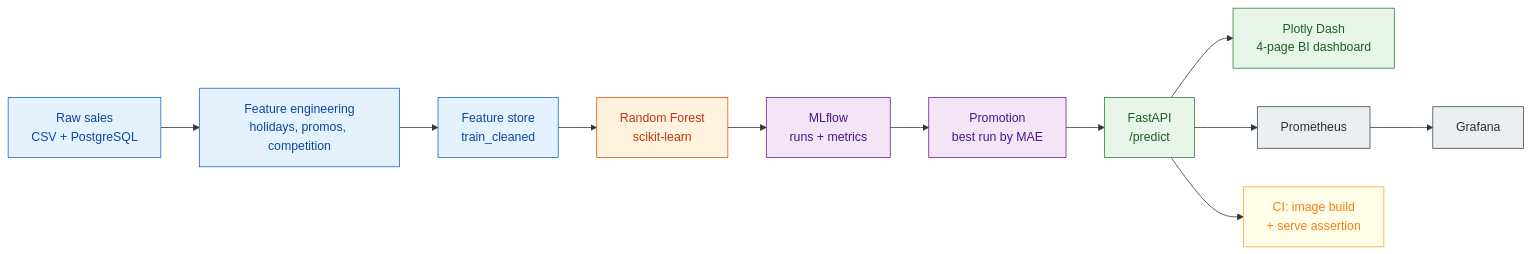
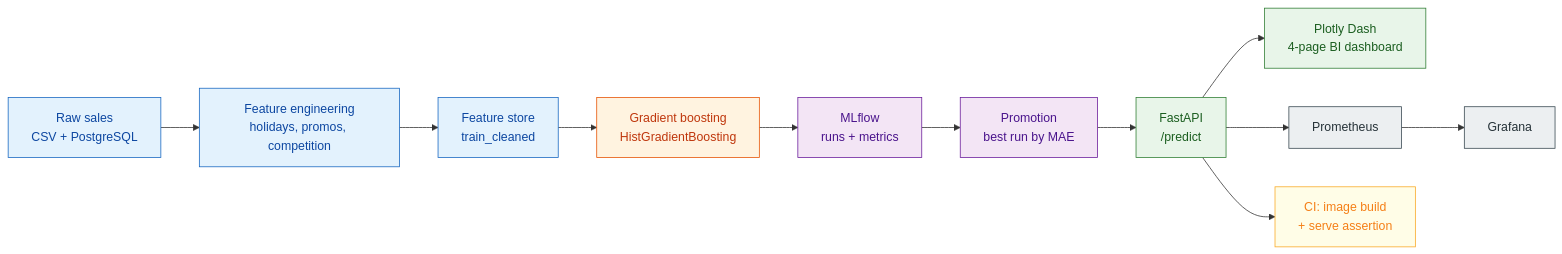
One commit to ksnishat/rossmann-sales-pipeline changed the first of 2 diagrams in README.md. Above: the diagram before and after it, drawn with Mermaid. The commit also changed other lines of this file and 5 other files, not shown here.

````diff
--- a/README.md
+++ b/README.md
@@ -40,27 +40,27 @@
 ```mermaid
 flowchart LR
     RAW["Raw sales<br/>CSV + PostgreSQL"] --> FEAT["Feature engineering<br/>holidays, promos, competition"]
     FEAT --> STORE["Feature store<br/>train_cleaned"]
-    STORE --> RF["Random Forest<br/>scikit-learn"]
+    STORE --> RF["Gradient boosting<br/>HistGradientBoosting"]
     RF --> MLflow["MLflow<br/>runs + metrics"]
     MLflow --> PROMOTE["Promotion<br/>best run by MAE"]
     PROMOTE --> API["FastAPI<br/>/predict"]
     API --> DASH["Plotly Dash<br/>4-page BI dashboard"]
     API --> Prom["Prometheus"]
     Prom --> Graf["Grafana"]
     API --> CI["CI: image build<br/>+ serve assertion"]
 
     classDef data fill:#e3f2fd,stroke:#1565c0,stroke-width:1px,color:#0d47a1
     classDef train fill:#fff3e0,stroke:#e65100,stroke-width:1px,color:#bf360c
     classDef track fill:#f3e5f5,stroke:#6a1b9a,stroke-width:1px,color:#4a148c
     classDef serve fill:#e8f5e9,stroke:#2e7d32,stroke-width:1px,color:#1b5e20
     classDef observe fill:#eceff1,stroke:#37474f,stroke-width:1px,color:#263238
     classDef gate fill:#fffde7,stroke:#f9a825,stroke-width:1px,color:#f57f17
 
     class RAW,FEAT,STORE data
     class RF train
     class MLflow,PROMOTE track
     class API,DASH serve
     class Prom,Graf observe
     class CI gate
 ```
````
